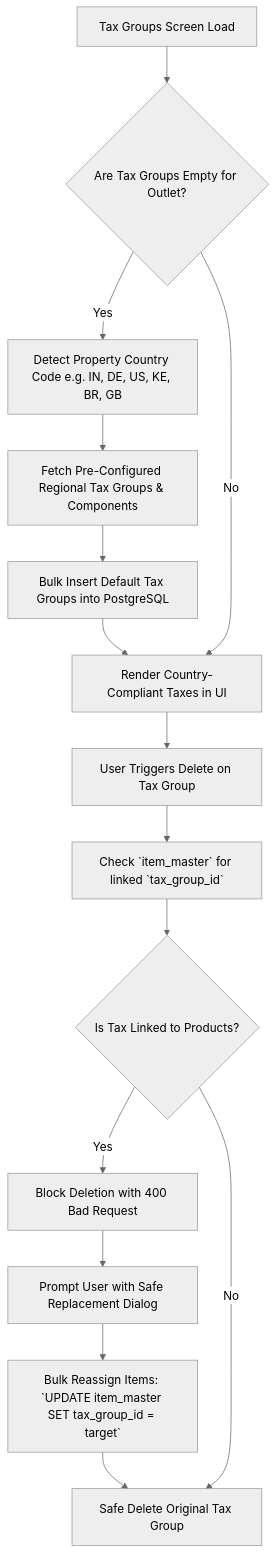
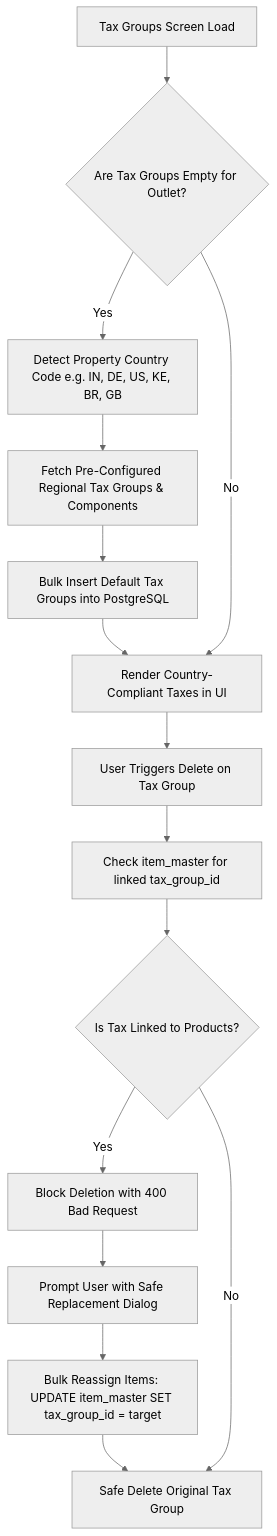
Before and after one commit to studentsdav/RetailSale: the diagram in Docs/Developer-Guide-Auto-Tax-Seeding-And-Tax-Integrity.md, drawn with Mermaid (neutral theme). The commit also changed other lines of this file and 18 other files, not shown here.

````diff
--- a/Docs/Developer-Guide-Auto-Tax-Seeding-And-Tax-Integrity.md
+++ b/Docs/Developer-Guide-Auto-Tax-Seeding-And-Tax-Integrity.md
@@ -19,18 +19,18 @@
 ```mermaid
 flowchart TD
     A[Tax Groups Screen Load] --> B{Are Tax Groups Empty for Outlet?}
     B -- Yes --> C[Detect Property Country Code e.g. IN, DE, US, KE, BR, GB]
     C --> D[Fetch Pre-Configured Regional Tax Groups & Components]
     D --> E[Bulk Insert Default Tax Groups into PostgreSQL]
     E --> F[Render Country-Compliant Taxes in UI]
     B -- No --> F
 
     F --> G[User Triggers Delete on Tax Group]
-    G --> H[Check `item_master` for linked `tax_group_id`]
+    G --> H[Check item_master for linked tax_group_id]
     H --> I{Is Tax Linked to Products?}
     I -- Yes --> J[Block Deletion with 400 Bad Request]
     J --> K[Prompt User with Safe Replacement Dialog]
-    K --> L[Bulk Reassign Items: `UPDATE item_master SET tax_group_id = target`]
+    K --> L[Bulk Reassign Items: UPDATE item_master SET tax_group_id = target]
     L --> M[Safe Delete Original Tax Group]
     I -- No --> M
 ```
````
